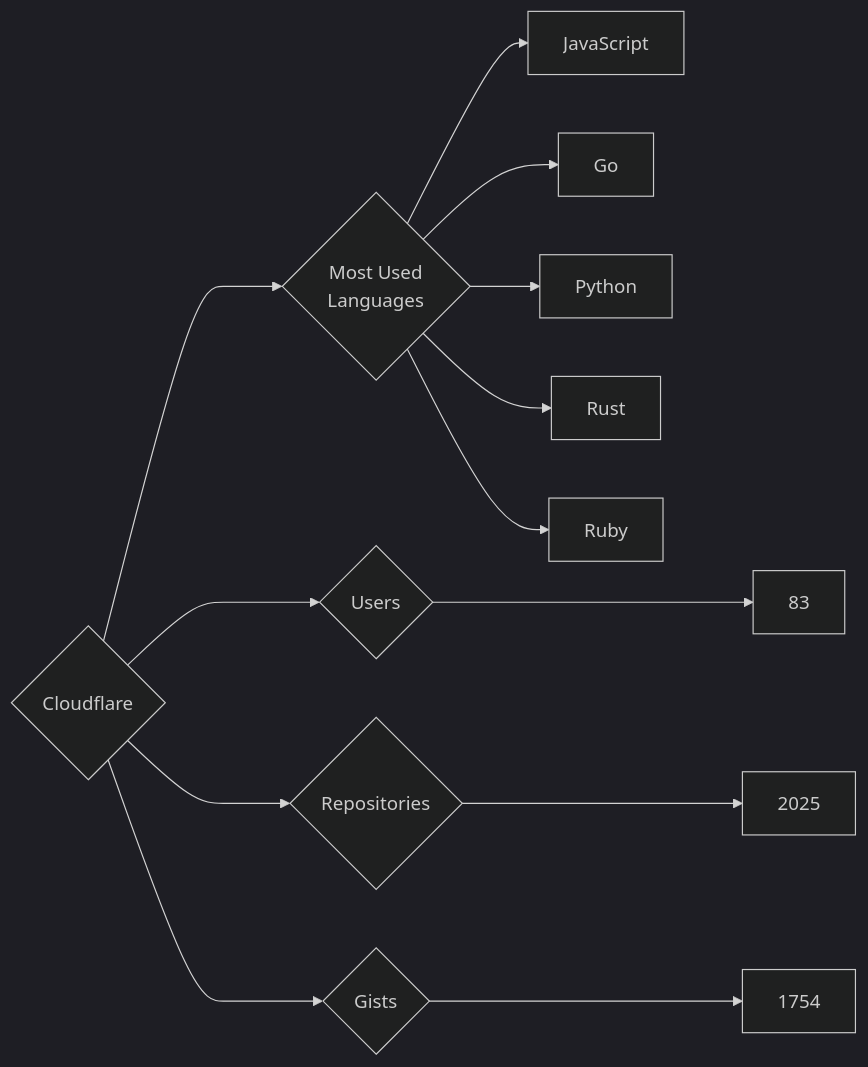
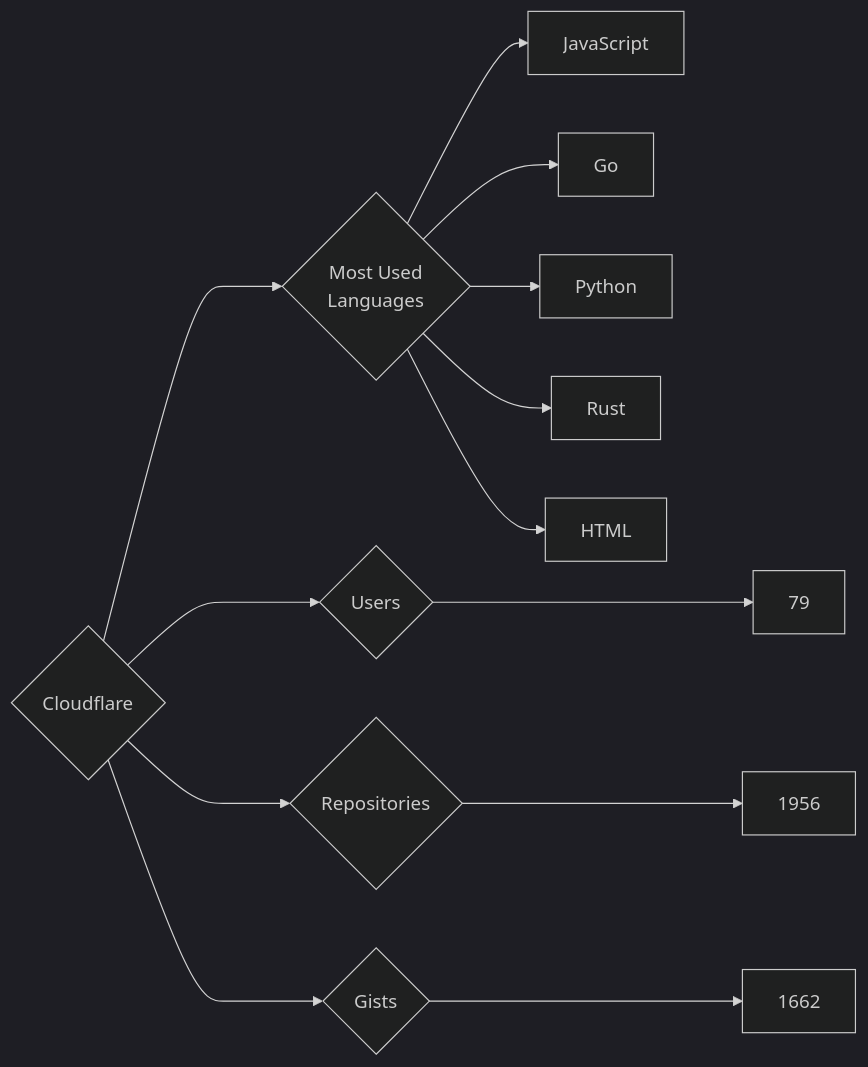
One commit to trickest/insiders changed the diagram in targets/Cloudflare/README.md. Above: the diagram before and after it, drawn with Mermaid (dark theme). The commit also changed 1238 other files, not shown here.

````diff
--- a/targets/Cloudflare/README.md
+++ b/targets/Cloudflare/README.md
@@ -3,13 +3,13 @@
 ```mermaid
 graph LR
 COMPANY_NAME{Cloudflare}
-COMPANY_NAME ---> U{Users} ---> UN[83]
-COMPANY_NAME ---> R{Repositories} ---> RN[2025]
-COMPANY_NAME ---> G{Gists} ---> GN[1754]
+COMPANY_NAME ---> U{Users} ---> UN[79]
+COMPANY_NAME ---> R{Repositories} ---> RN[1956]
+COMPANY_NAME ---> G{Gists} ---> GN[1662]
 COMPANY_NAME ---> ML{Most Used<br>Languages}
 ML --> JavaScript[JavaScript]
 ML --> Go[Go]
 ML --> Python[Python]
 ML --> Rust[Rust]
-ML --> Ruby[Ruby]
+ML --> HTML[HTML]
 ```
````
